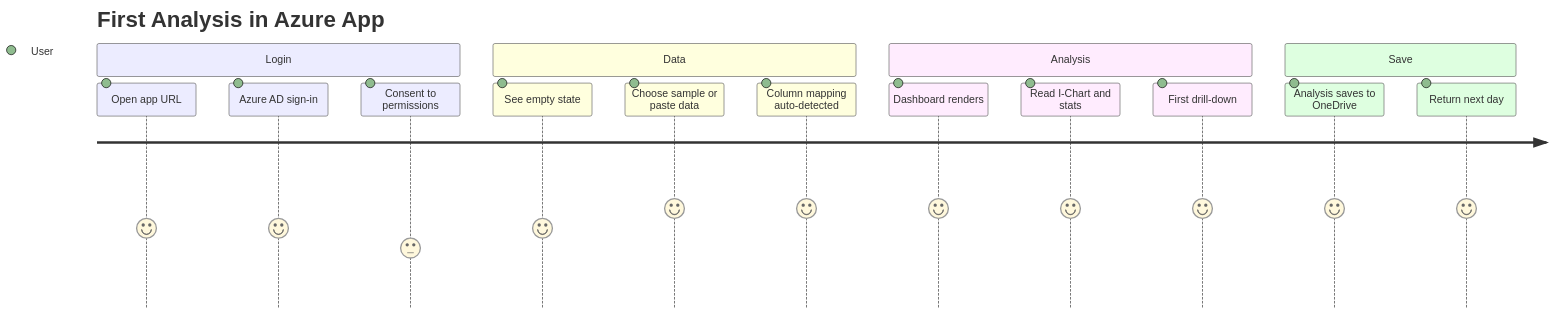
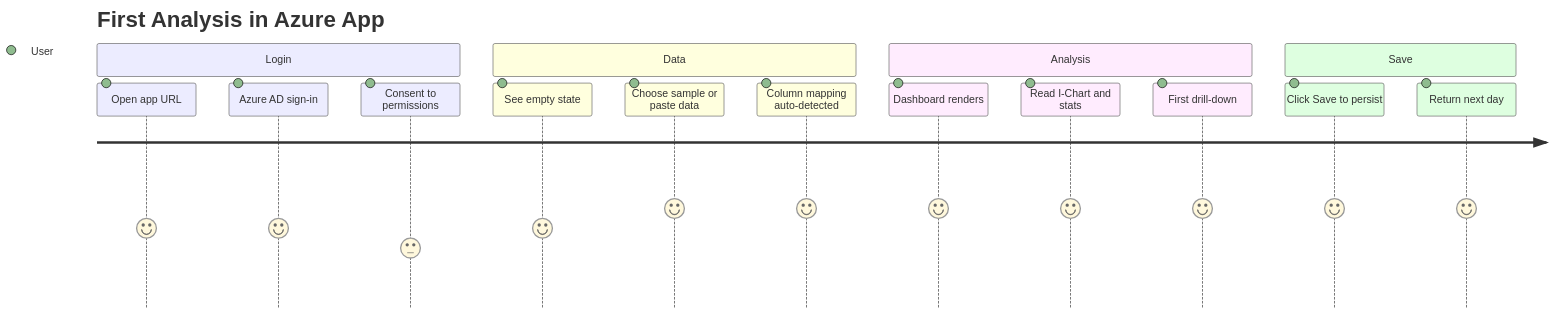
The second of 2 diagrams in docs/02-journeys/flows/azure-first-analysis.md (jukka-matti/variscout), drawn with Mermaid before and after one commit. The commit also changed other lines of this file and 40 other files, not shown here.

````diff
--- a/docs/02-journeys/flows/azure-first-analysis.md
+++ b/docs/02-journeys/flows/azure-first-analysis.md
@@ -73,19 +75,19 @@
 ```mermaid
 journey
     title First Analysis in Azure App
     section Login
       Open app URL: 4: User
       Azure AD sign-in: 4: User
       Consent to permissions: 3: User
     section Data
       See empty state: 4: User
       Choose sample or paste data: 5: User
       Column mapping auto-detected: 5: User
     section Analysis
       Dashboard renders: 5: User
       Read I-Chart and stats: 5: User
       First drill-down: 5: User
     section Save
-      Analysis saves to OneDrive: 5: User
+      Click Save to persist: 5: User
       Return next day: 5: User
 ```
````
